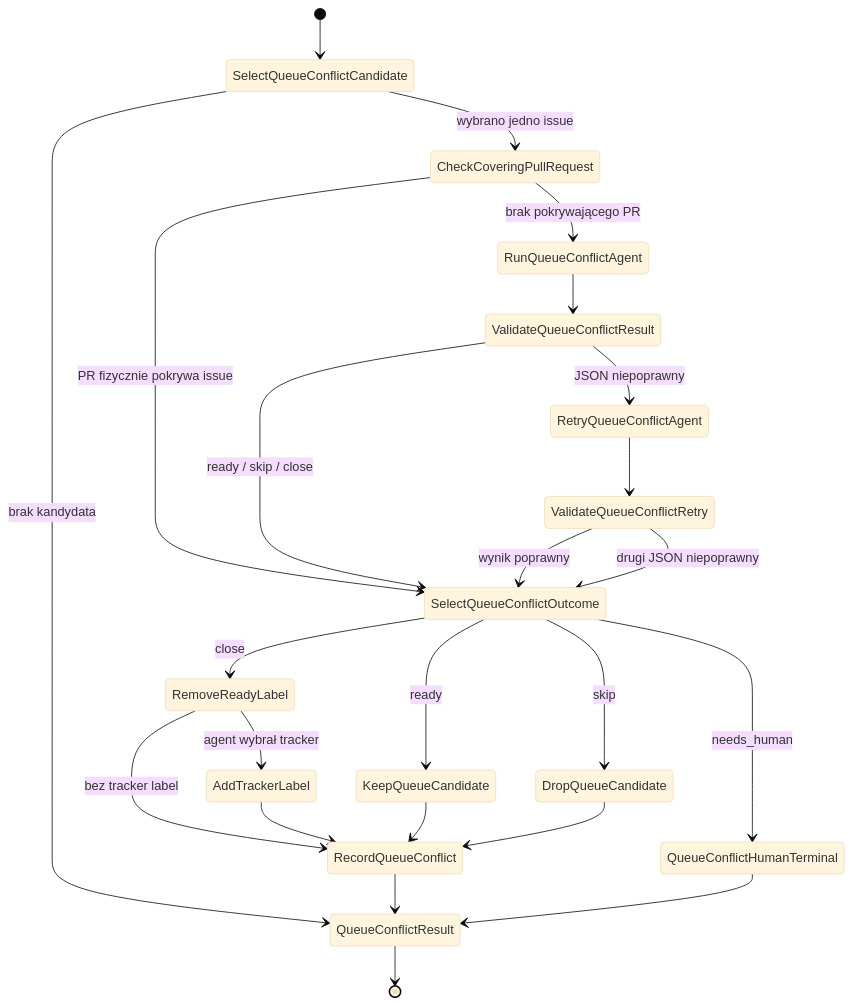
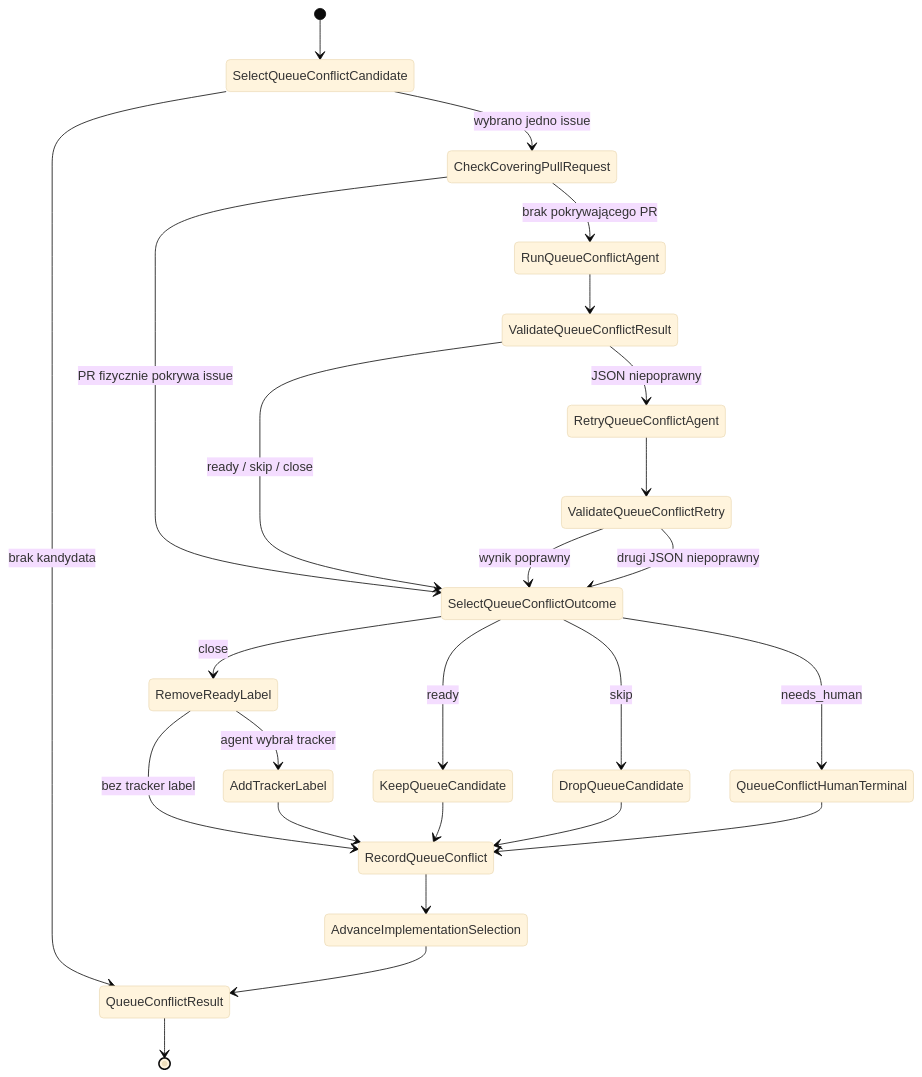
Before and after one commit to mikolaj92/lokay: diagram 34 of 40 in README.md, drawn with Mermaid (base theme). The commit also changed other lines of this file and 18 other files, not shown here.

First line of the commit message:
fix: advance catalog after queue_conflict park; reap worktrees after implement

````diff
--- a/README.md
+++ b/README.md
@@ -931,26 +931,27 @@
 ```mermaid
 stateDiagram-v2
     [*] --> SelectQueueConflictCandidate
     SelectQueueConflictCandidate --> QueueConflictResult: brak kandydata
     SelectQueueConflictCandidate --> CheckCoveringPullRequest: wybrano jedno issue
     CheckCoveringPullRequest --> SelectQueueConflictOutcome: PR fizycznie pokrywa issue
     CheckCoveringPullRequest --> RunQueueConflictAgent: brak pokrywającego PR
     RunQueueConflictAgent --> ValidateQueueConflictResult
     ValidateQueueConflictResult --> RetryQueueConflictAgent: JSON niepoprawny
     ValidateQueueConflictResult --> SelectQueueConflictOutcome: ready / skip / close
     RetryQueueConflictAgent --> ValidateQueueConflictRetry
     ValidateQueueConflictRetry --> SelectQueueConflictOutcome: wynik poprawny
     ValidateQueueConflictRetry --> SelectQueueConflictOutcome: drugi JSON niepoprawny
     SelectQueueConflictOutcome --> KeepQueueCandidate: ready
     SelectQueueConflictOutcome --> DropQueueCandidate: skip
     SelectQueueConflictOutcome --> RemoveReadyLabel: close
     SelectQueueConflictOutcome --> QueueConflictHumanTerminal: needs_human
     RemoveReadyLabel --> AddTrackerLabel: agent wybrał tracker
     RemoveReadyLabel --> RecordQueueConflict: bez tracker label
     AddTrackerLabel --> RecordQueueConflict
     KeepQueueCandidate --> RecordQueueConflict
     DropQueueCandidate --> RecordQueueConflict
-    RecordQueueConflict --> QueueConflictResult
-    QueueConflictHumanTerminal --> QueueConflictResult
+    QueueConflictHumanTerminal --> RecordQueueConflict
+    RecordQueueConflict --> AdvanceImplementationSelection
+    AdvanceImplementationSelection --> QueueConflictResult
     QueueConflictResult --> [*]
 ```
````
